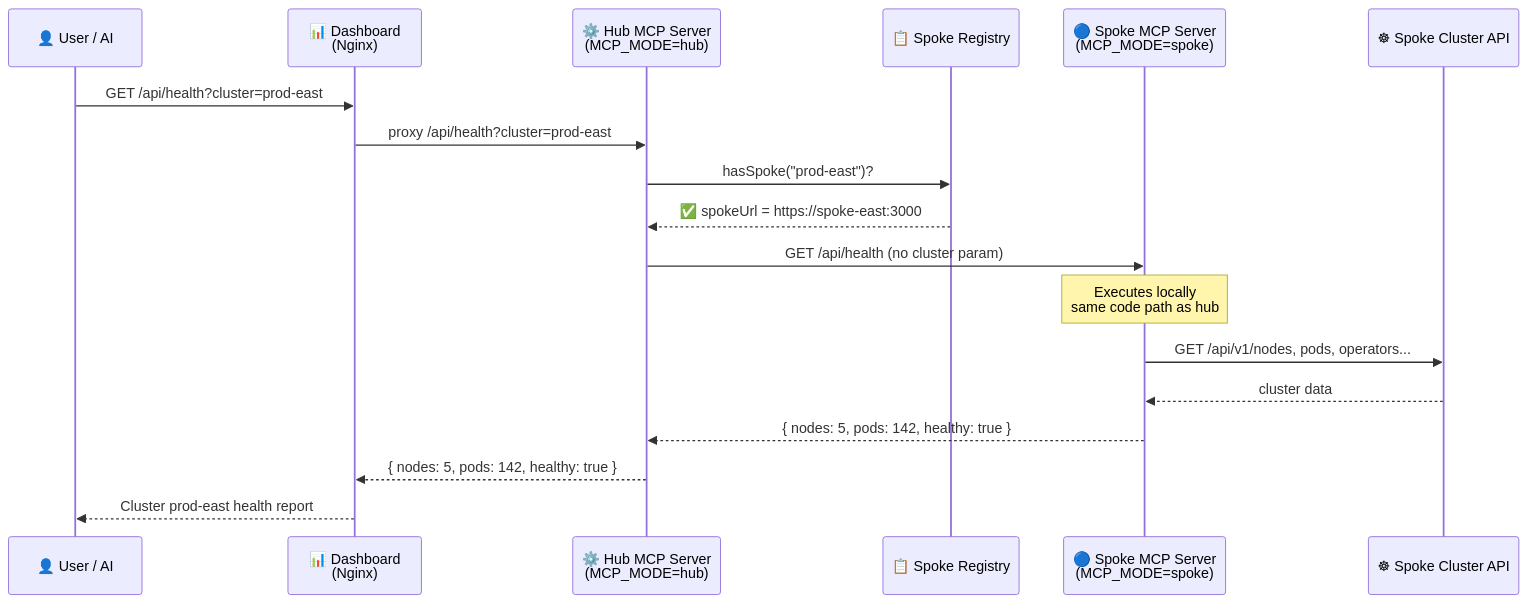
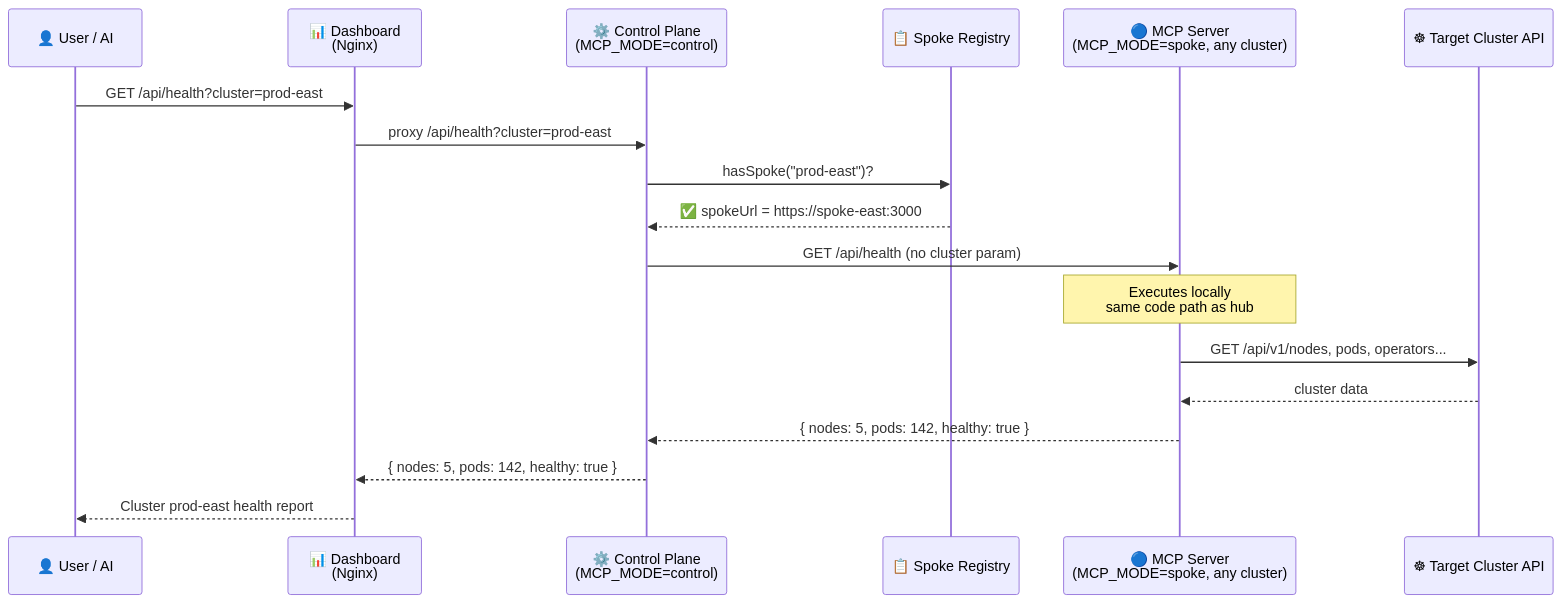
The second of 9 diagrams in README.md (cskaruppu/Openshift-mcp-server), drawn with Mermaid before and after one commit. The commit also changed other lines of this file and 1 other file, not shown here.

First line of the commit message:
docs: update README + architecture reference for two-plane stateless design

````diff
--- a/README.md
+++ b/README.md
@@ -135,25 +155,25 @@
 ```mermaid
 sequenceDiagram
     participant U as 👤 User / AI
     participant D as 📊 Dashboard<br/>(Nginx)
-    participant H as ⚙️ Hub MCP Server<br/>(MCP_MODE=hub)
+    participant H as ⚙️ Control Plane<br/>(MCP_MODE=control)
     participant R as 📋 Spoke Registry
-    participant S as 🔵 Spoke MCP Server<br/>(MCP_MODE=spoke)
-    participant K as ☸ Spoke Cluster API
+    participant S as 🔵 MCP Server<br/>(MCP_MODE=spoke, any cluster)
+    participant K as ☸ Target Cluster API
 
     U->>D: GET /api/health?cluster=prod-east
     D->>H: proxy /api/health?cluster=prod-east
 
     H->>R: hasSpoke("prod-east")?
     R-->>H: ✅ spokeUrl = https://spoke-east:3000
 
     H->>S: GET /api/health (no cluster param)
     Note over S: Executes locally<br/>same code path as hub
 
     S->>K: GET /api/v1/nodes, pods, operators...
     K-->>S: cluster data
 
     S-->>H: { nodes: 5, pods: 142, healthy: true }
     H-->>D: { nodes: 5, pods: 142, healthy: true }
     D-->>U: Cluster prod-east health report
 ```
````
